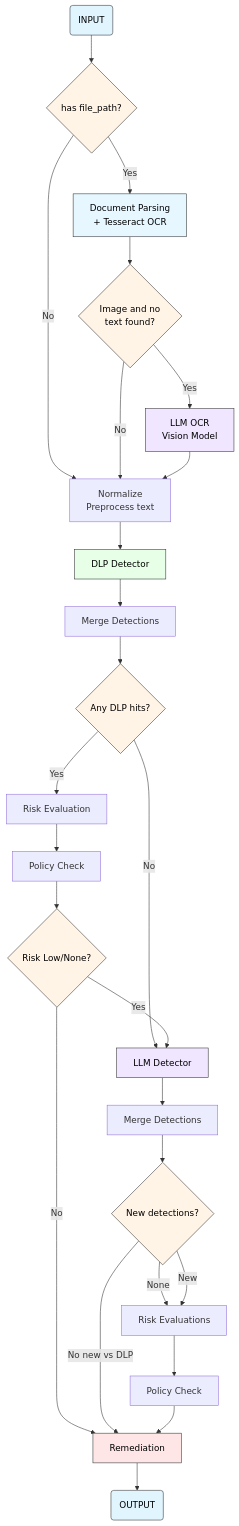
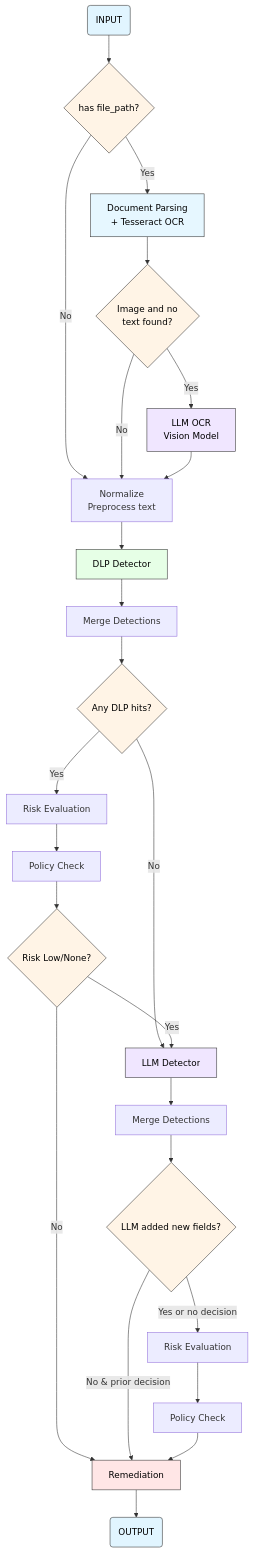
Before and after one commit to xHugo21/sensitive-data-detector: the diagram in multiagent-firewall/README.md, drawn with Mermaid.

Commit message:
refactor: modify mermaid graph

````diff
--- a/multiagent-firewall/README.md
+++ b/multiagent-firewall/README.md
@@ -9,51 +9,50 @@
 ```mermaid
 flowchart TD
     Start(INPUT) --> HasFile{has file_path?}
     
     HasFile -->|Yes| Document[Document Parsing<br/>+ Tesseract OCR]
     HasFile -->|No| Normalize[Normalize<br/>Preprocess text]
     
     Document --> NeedsLLMOCR{Image and no<br/>text found?}
     NeedsLLMOCR -->|Yes| LLMOCR[LLM OCR<br/>Vision Model]
     NeedsLLMOCR -->|No| Normalize
     
     LLMOCR --> Normalize
     Normalize --> DLP[DLP Detector]
     
     DLP --> MergeDLP[Merge Detections]
     MergeDLP --> HasDLP{Any DLP hits?}
     HasDLP -->|Yes| RiskDLP[Risk Evaluation]
     HasDLP -->|No| LLM[LLM Detector]
     
     RiskDLP --> PolicyDLP[Policy Check]
     
     PolicyDLP --> LowRisk{Risk Low/None?}
     
     LowRisk -->|Yes| LLM
     LowRisk -->|No| Remediation[Remediation]
     
     LLM --> MergeFinal[Merge Detections]
-    MergeFinal --> FinalRoute{New detections?}
-    FinalRoute -->|None| RiskFinal[Risk Evaluations]
-    FinalRoute -->|No new vs DLP| Remediation
-    FinalRoute -->|New| RiskFinal
+    MergeFinal --> FinalRoute{LLM added new fields?}
+    FinalRoute -->|No & prior decision| Remediation
+    FinalRoute -->|Yes or no decision| RiskFinal[Risk Evaluation]
     RiskFinal --> PolicyFinal[Policy Check]
     
     PolicyFinal --> Remediation
     
     Remediation --> End(OUTPUT)
     
     style Start fill:#e1f5ff,stroke:#333,color:#000
     style End fill:#e1f5ff,stroke:#333,color:#000
     style HasFile fill:#fff4e6,stroke:#333,color:#000
     style NeedsLLMOCR fill:#fff4e6,stroke:#333,color:#000
     style HasDLP fill:#fff4e6,stroke:#333,color:#000
     style FinalRoute fill:#fff4e6,stroke:#333,color:#000
     style LowRisk fill:#fff4e6,stroke:#333,color:#000
     style Document fill:#e6f7ff,stroke:#333,color:#000
     style LLMOCR fill:#f0e6ff,stroke:#333,color:#000
     style LLM fill:#f0e6ff,stroke:#333,color:#000
     style DLP fill:#e6ffe6,stroke:#333,color:#000
     style Remediation fill:#ffe6e6,stroke:#333,color:#000
 
 ```
````
